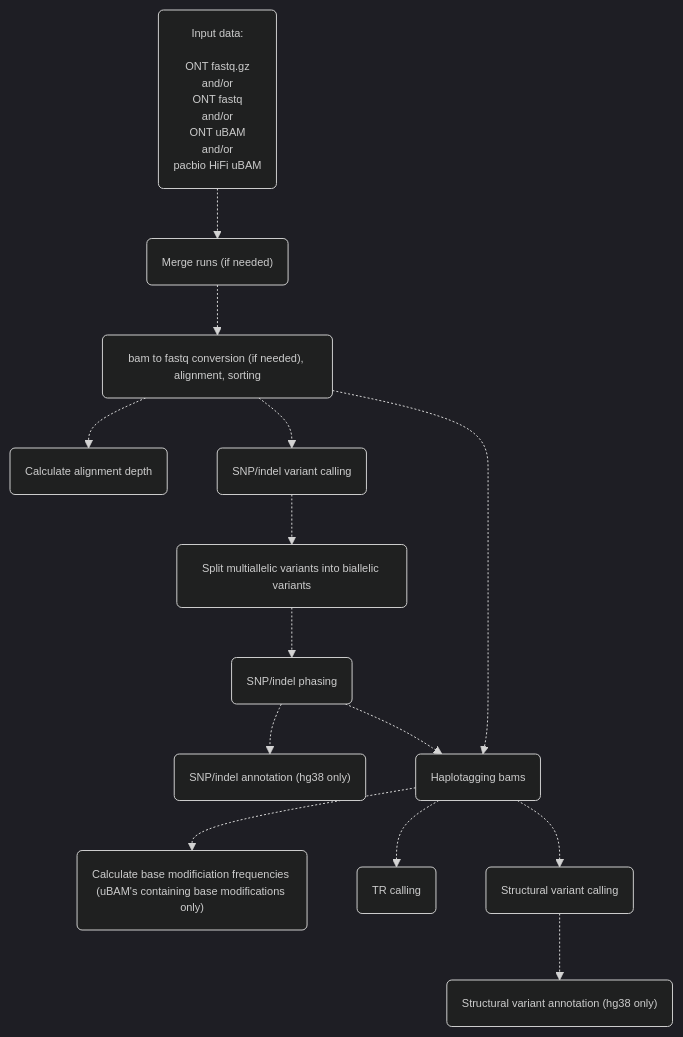
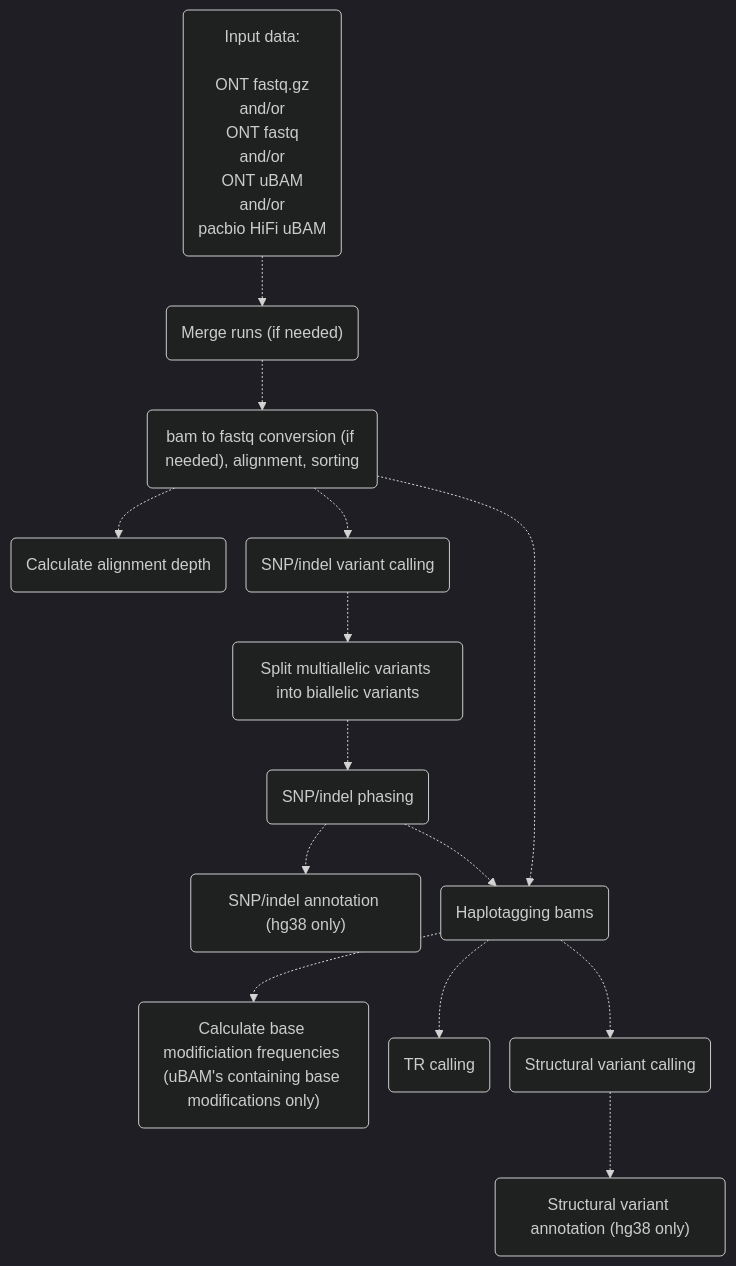
The first of 3 diagrams in docs/pipeface/info.md (leahkemp/pipeface), drawn with Mermaid before and after one commit. The commit also changed other lines of this file and 1 other file, not shown here.

````diff
--- a/docs/pipeface/info.md
+++ b/docs/pipeface/info.md
@@ -7,26 +7,26 @@
 ```mermaid
-%%{init:{'theme':'dark','themeVariables':{'fontSize':'11px'},'flowchart':{'diagramPadding':200}}}%%
+%%{init:{'theme':'dark','themeVariables':{'fontSize':'11'},'flowchart':{'nodeSpacing':20}}}%%
 flowchart TB
 
 input_data("Input data: <br><br> ONT fastq.gz <br> and/or <br> ONT fastq <br> and/or <br> ONT uBAM <br> and/or <br> pacbio HiFi uBAM")
 merging("Merge runs (if needed)")
 alignment("bam to fastq conversion (if needed), alignment, sorting")
 depth("Calculate alignment depth")
 snp_indel_calling("SNP/indel variant calling")
 split_multiallele("Split multiallelic variants into biallelic variants")
 snp_indel_phasing("SNP/indel phasing")
 snp_indel_annotation("SNP/indel annotation (hg38 only)")
 haplotagging("Haplotagging bams")
 calculate_base_mod_freqs("Calculate base modificiation frequencies (uBAM's containing base modifications only)")
 tr_calling("TR calling")
 sv_calling("Structural variant calling")
 sv_annotation("Structural variant annotation (hg38 only)")
 
 input_data-.->merging-.->alignment-.->snp_indel_calling-.->split_multiallele-.->snp_indel_phasing-.->haplotagging-.->sv_calling
 alignment-.->depth
 alignment-.->haplotagging
 haplotagging-.->calculate_base_mod_freqs
 haplotagging-.->tr_calling
 snp_indel_phasing-.->snp_indel_annotation
 sv_calling-.->sv_annotation
 ```
````
